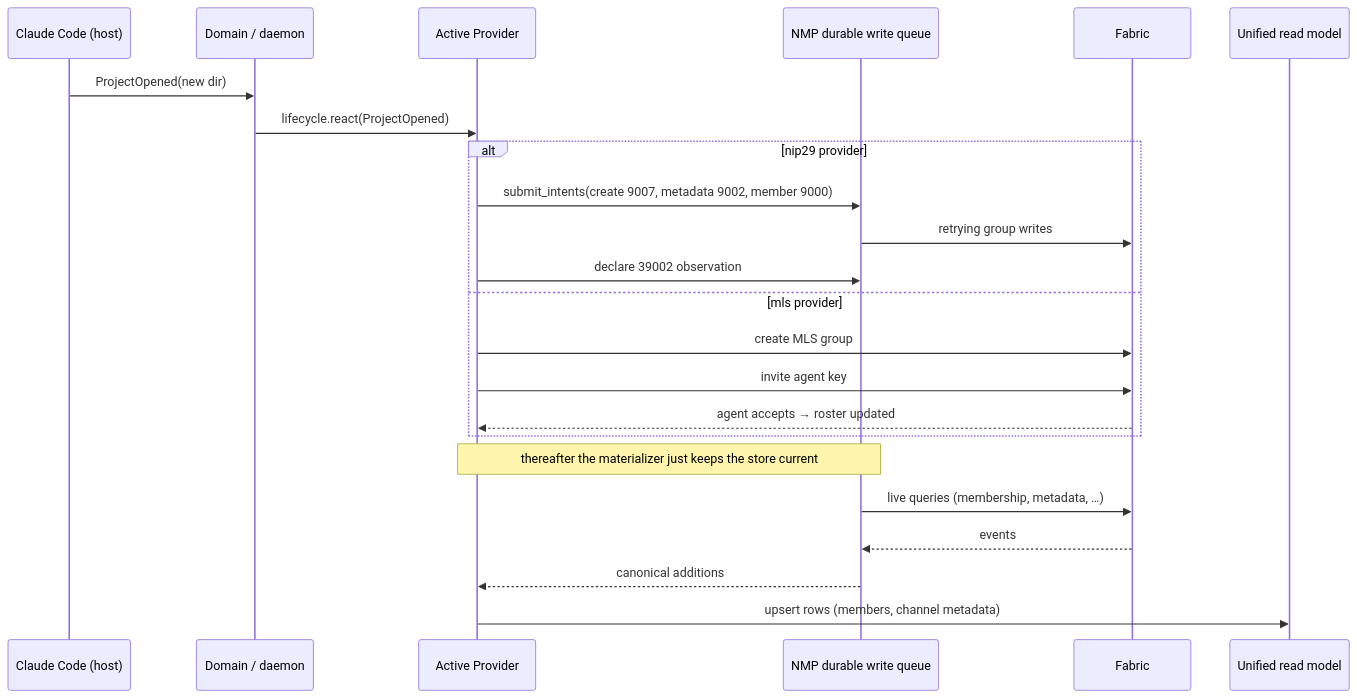
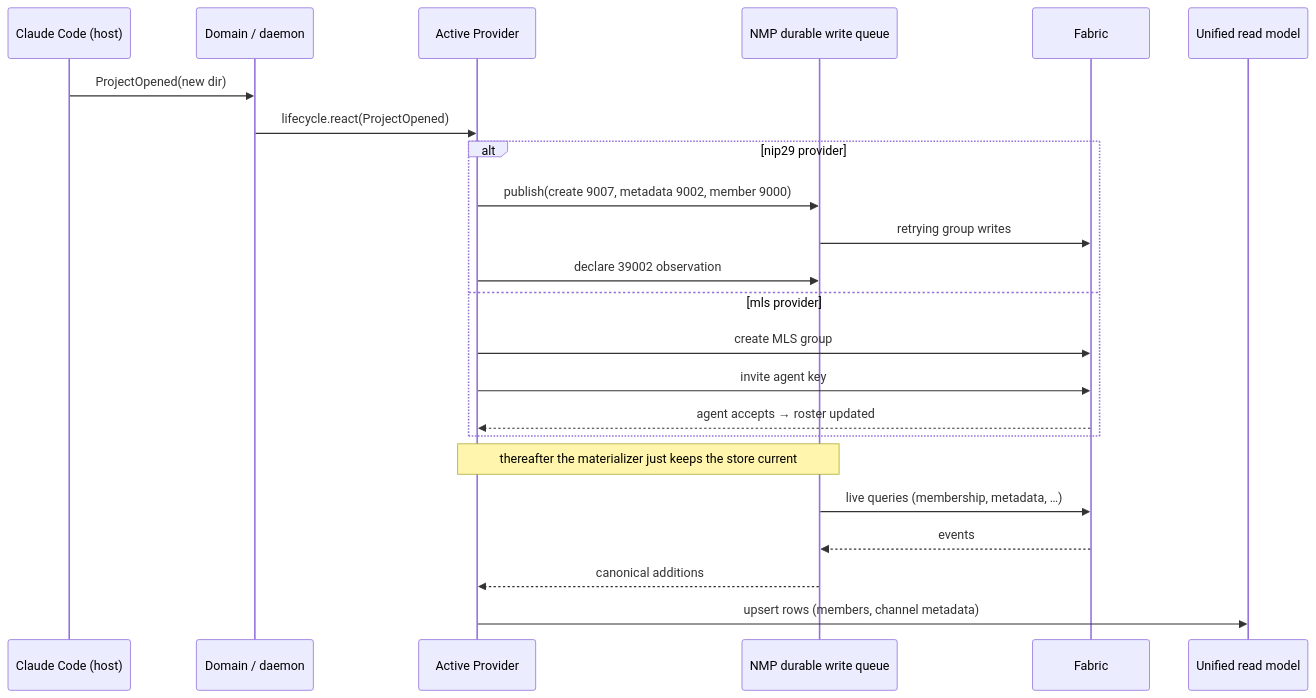
The fifth of 6 diagrams in docs/fabric-architecture.md (pablof7z/mosaico), drawn with Mermaid before and after one commit. The commit also changed other lines of this file and 36 other files, not shown here.

````diff
--- a/docs/fabric-architecture.md
+++ b/docs/fabric-architecture.md
@@ -320,29 +320,29 @@
 ```mermaid
 sequenceDiagram
     participant CC as Claude Code (host)
     participant DOM as Domain / daemon
     participant P as Active Provider
     participant NMP as NMP durable write queue
     participant FAB as Fabric
     participant STORE as Unified read model
 
     CC->>DOM: ProjectOpened(new dir)
     DOM->>P: lifecycle.react(ProjectOpened)
 
     alt nip29 provider
-        P->>NMP: submit_intents(create 9007, metadata 9002, member 9000)
+        P->>NMP: publish(create 9007, metadata 9002, member 9000)
         NMP->>FAB: retrying group writes
         %% NMP observes 39002 members and keeps admission live
         P->>NMP: declare 39002 observation
     else mls provider
         P->>FAB: create MLS group
         P->>FAB: invite agent key
         FAB-->>P: agent accepts → roster updated
     end
 
     Note over P,NMP: thereafter the materializer just keeps the store current
     NMP->>FAB: live queries (membership, metadata, …)
     FAB-->>NMP: events
     NMP-->>P: canonical additions
     P->>STORE: upsert rows (members, channel metadata)
 ```
````
